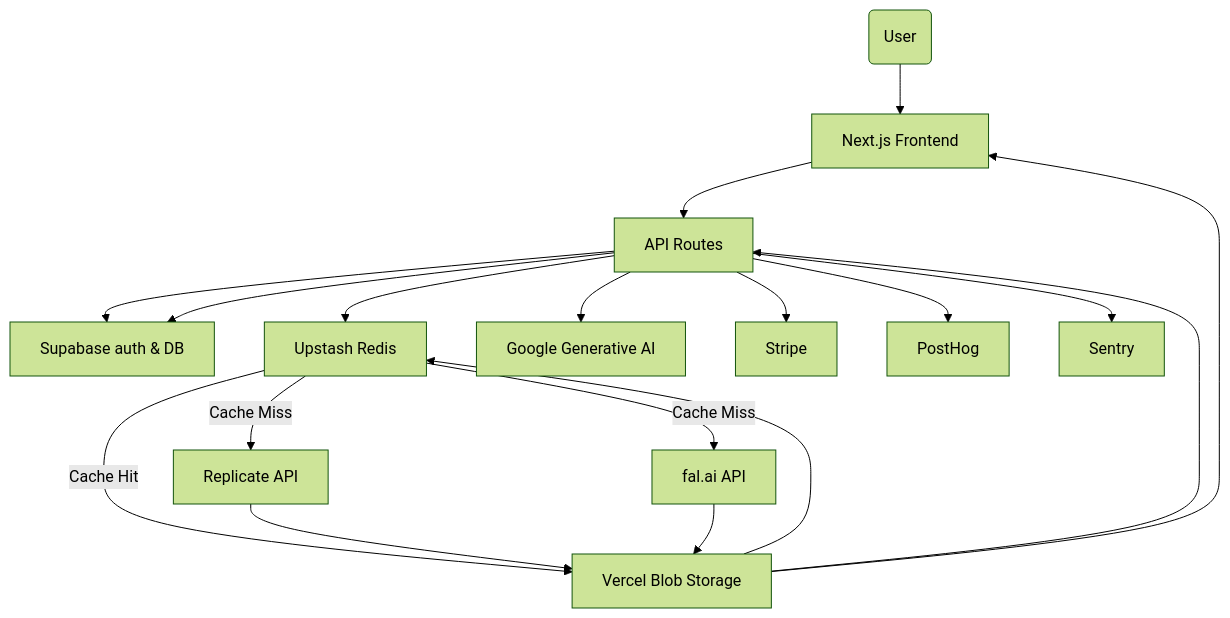
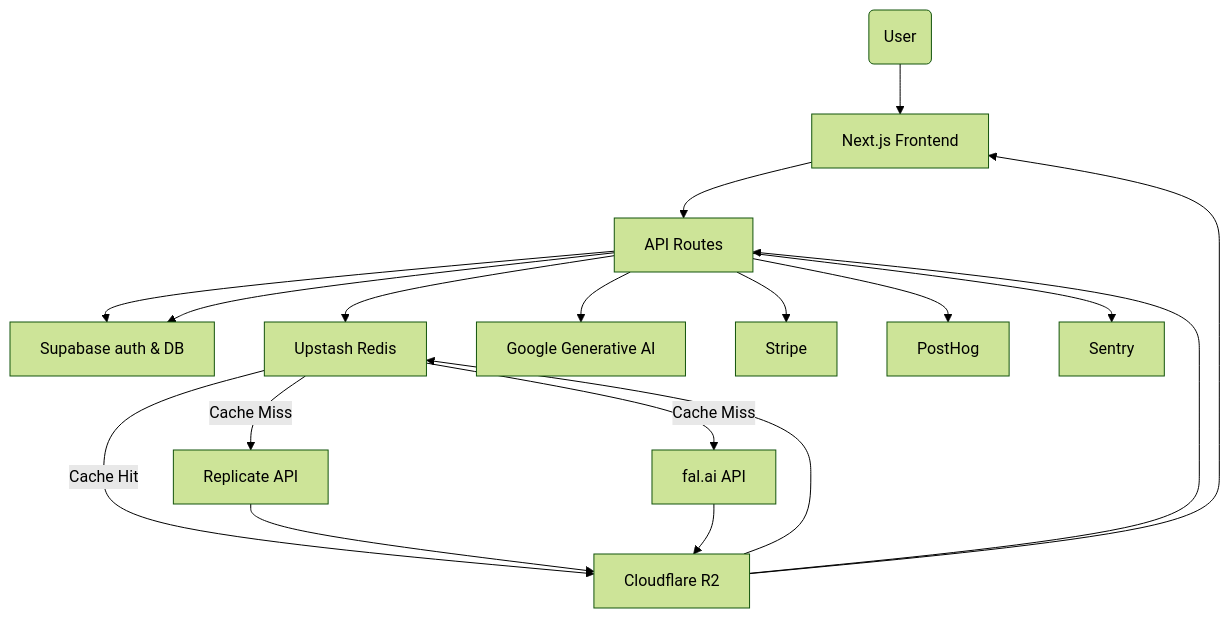
Before and after one commit to gianpaj/sexyvoice: the diagram in ARCHITECTURE.md, drawn with Mermaid (forest theme). The commit also changed other lines of this file and 2 other files, not shown here.

Commit message:
update README, CLAUDE.md and ARCHITECTURE.md

````diff
--- a/ARCHITECTURE.md
+++ b/ARCHITECTURE.md
@@ -20,33 +20,33 @@
 ```mermaid
 flowchart TD
     user(User)
     client[Next.js Frontend]
     api[API Routes]
     supabase[Supabase auth & DB]
     redis[Upstash Redis]
     replicate[Replicate API]
     fal[fal.ai API]
     googleai[Google Generative AI]
-    blob[Vercel Blob Storage]
+    r2[Cloudflare R2]
     stripe[Stripe]
     posthog[PostHog]
     sentry[Sentry]
 
     user --> client
     client --> api
     api --> supabase
     api --> redis
-    redis -->|Cache Hit| blob
+    redis -->|Cache Hit| r2
     redis -->|Cache Miss| replicate
     redis -->|Cache Miss| fal
     api --> googleai
-    replicate --> blob
-    fal --> blob
-    blob --> redis
-    blob --> api
+    replicate --> r2
+    fal --> r2
+    r2 --> redis
+    r2 --> api
     api --> stripe
     api --> posthog
     api --> sentry
     api --> supabase
-    blob --> client
+    r2 --> client
 ```
````
